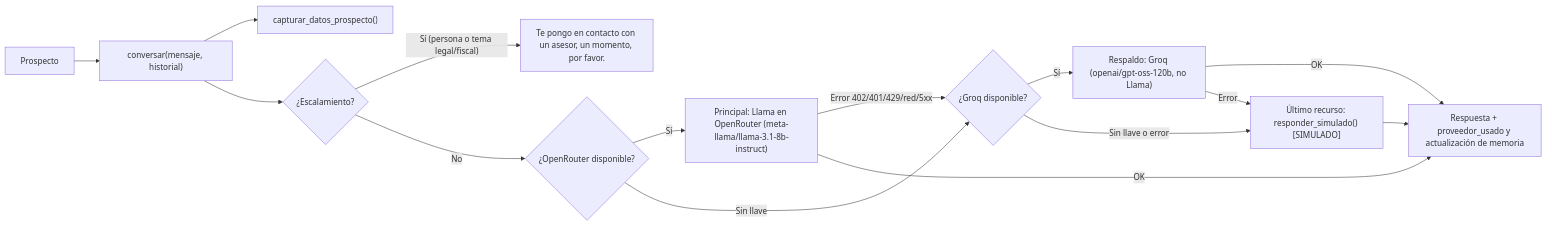
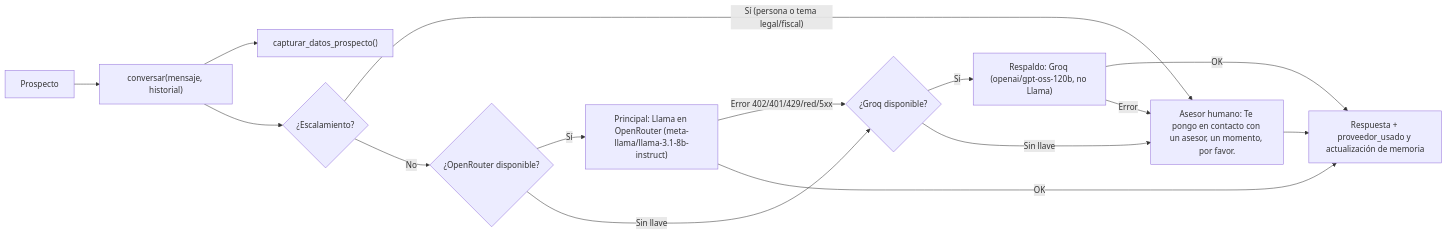
The diagram in README.md (SalvadorRicalde/Meta-asistente-de-proyectos-inmobiliarios-), drawn with Mermaid before and after one commit. The commit also changed other lines of this file and 2 other files, not shown here.

Commit message:
Se elimina el modo simulado: sin modelo disponible, la conversación se escala a un asesor humano

````diff
--- a/README.md
+++ b/README.md
@@ -38,17 +38,17 @@
 ```mermaid
 flowchart LR
     U["Prospecto"] --> C["conversar(mensaje, historial)"]
     C --> CAP["capturar_datos_prospecto()"]
     C --> ESC{"¿Escalamiento?"}
-    ESC -- "Sí (persona o tema legal/fiscal)" --> M_ESC["Te pongo en contacto con un asesor, un momento, por favor."]
+    ESC -- "Sí (persona o tema legal/fiscal)" --> M_ESC["Asesor humano: Te pongo en contacto con un asesor, un momento, por favor."]
     ESC -- "No" --> OR{"¿OpenRouter disponible?"}
     OR -- "Sí" --> LLAMA["Principal: Llama en OpenRouter (meta-llama/llama-3.1-8b-instruct)"]
     OR -- "Sin llave" --> GROQ{"¿Groq disponible?"}
     LLAMA -- "Error 402/401/429/red/5xx" --> GROQ
     GROQ -- "Sí" --> GPTOSS["Respaldo: Groq (openai/gpt-oss-120b, no Llama)"]
-    GROQ -- "Sin llave o error" --> SIM["Último recurso: responder_simulado() [SIMULADO]"]
+    GROQ -- "Sin llave" --> M_ESC
     LLAMA -- "OK" --> R["Respuesta + proveedor_usado y actualización de memoria"]
     GPTOSS -- "OK" --> R
-    GPTOSS -- "Error" --> SIM
-    SIM --> R
+    GPTOSS -- "Error" --> M_ESC
+    M_ESC --> R
 ```
````
